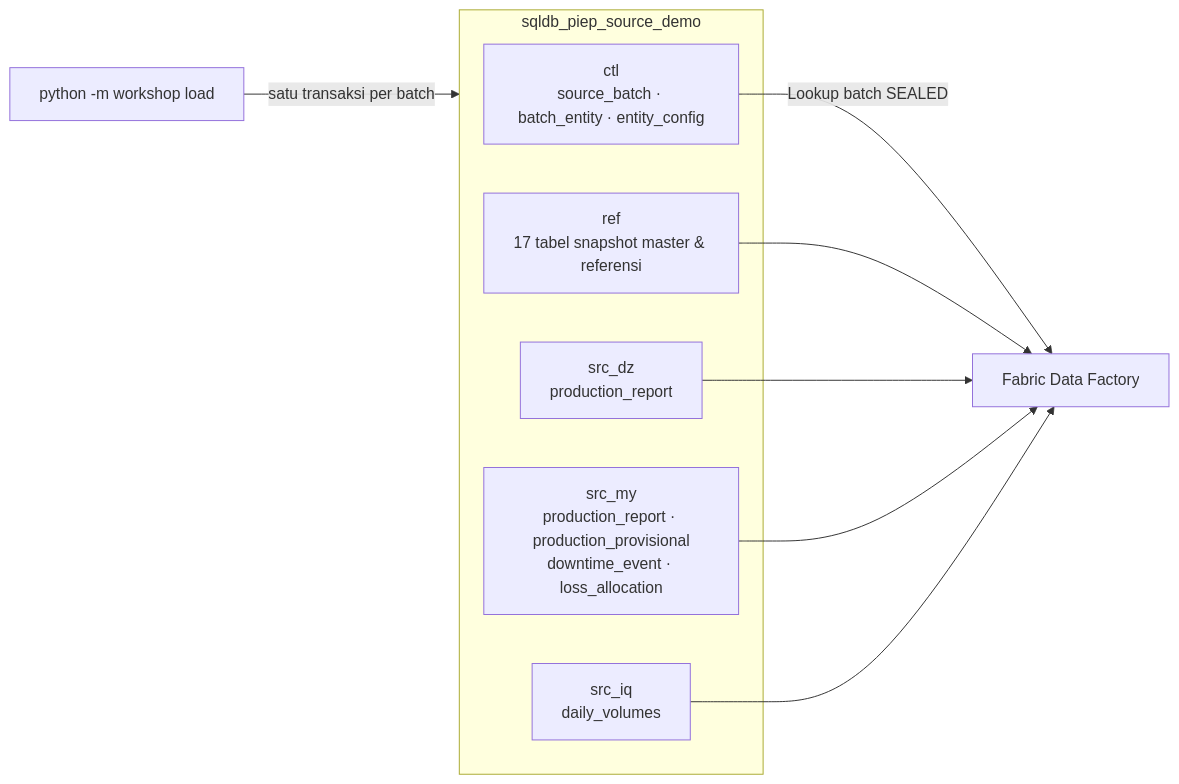
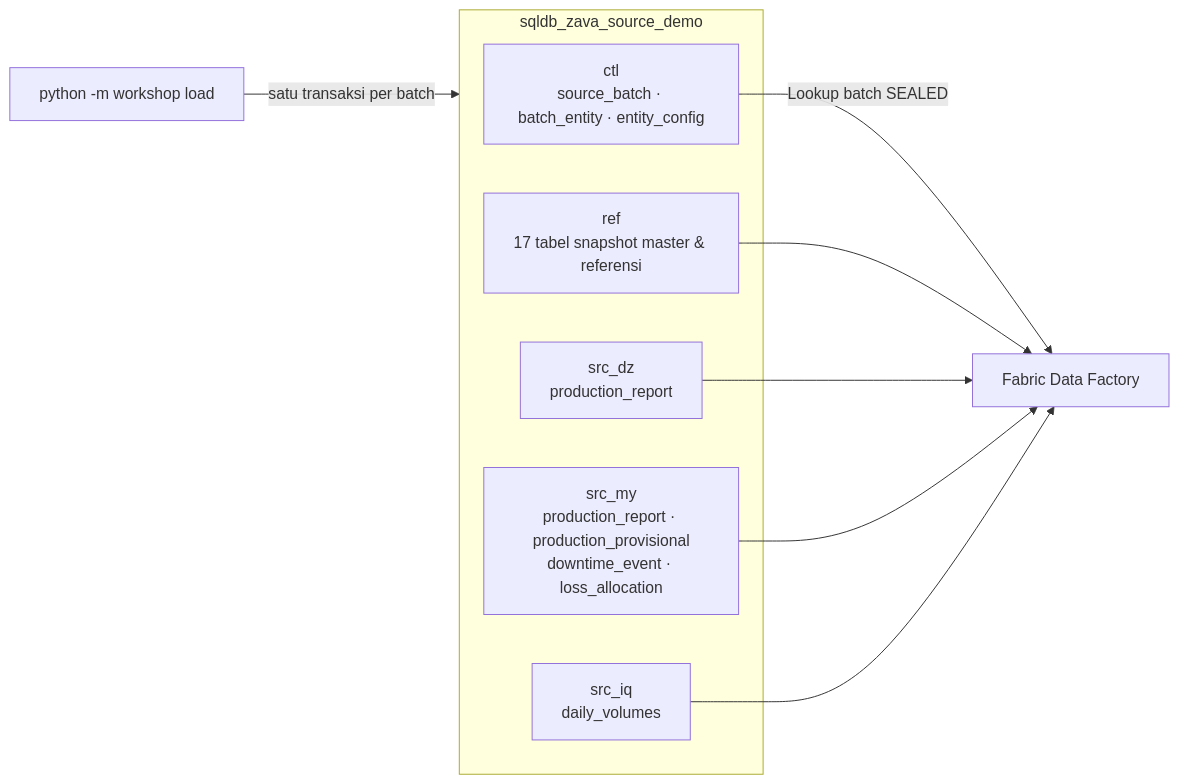
The first of 2 diagrams in demo tutorial/tutorial/03-azure-sql-source.md (edhotp/Microsoft-Fabric-with-PPDM-Demo), drawn with Mermaid before and after one commit. The commit also changed other lines of this file and 67 other files, not shown here.

First line of the commit message:
Rebrand demo from PIEP to Zava Energy

````diff
--- a/demo tutorial/tutorial/03-azure-sql-source.md
+++ b/demo tutorial/tutorial/03-azure-sql-source.md
@@ -19,16 +19,16 @@
 ```mermaid
 flowchart LR
-    subgraph db["sqldb_piep_source_demo"]
+    subgraph db["sqldb_zava_source_demo"]
         ctl["ctl<br/>source_batch · batch_entity · entity_config"]
         ref["ref<br/>17 tabel snapshot master & referensi"]
         dz["src_dz<br/>production_report"]
         my["src_my<br/>production_report · production_provisional<br/>downtime_event · loss_allocation"]
         iq["src_iq<br/>daily_volumes"]
     end
     loader["python -m workshop load"] -->|satu transaksi per batch| db
     ctl -->|Lookup batch SEALED| fabric["Fabric Data Factory"]
     ref --> fabric
     dz --> fabric
     my --> fabric
     iq --> fabric
 ```
````
